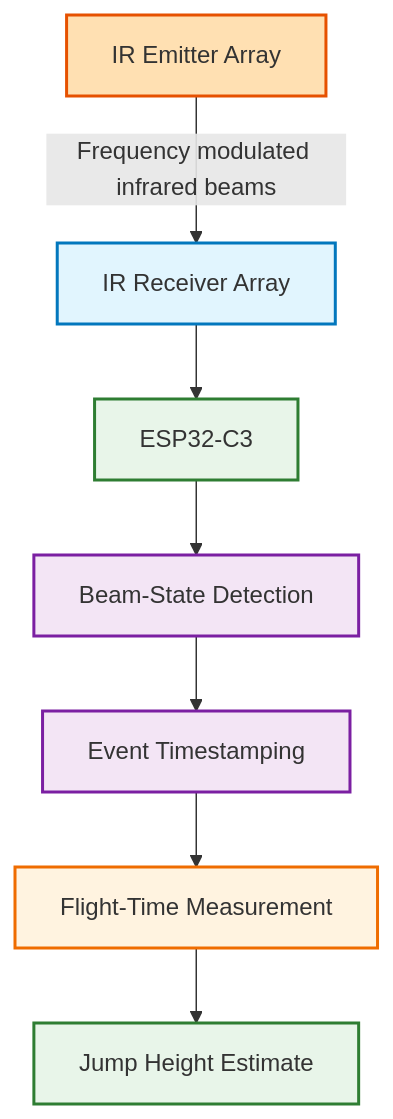
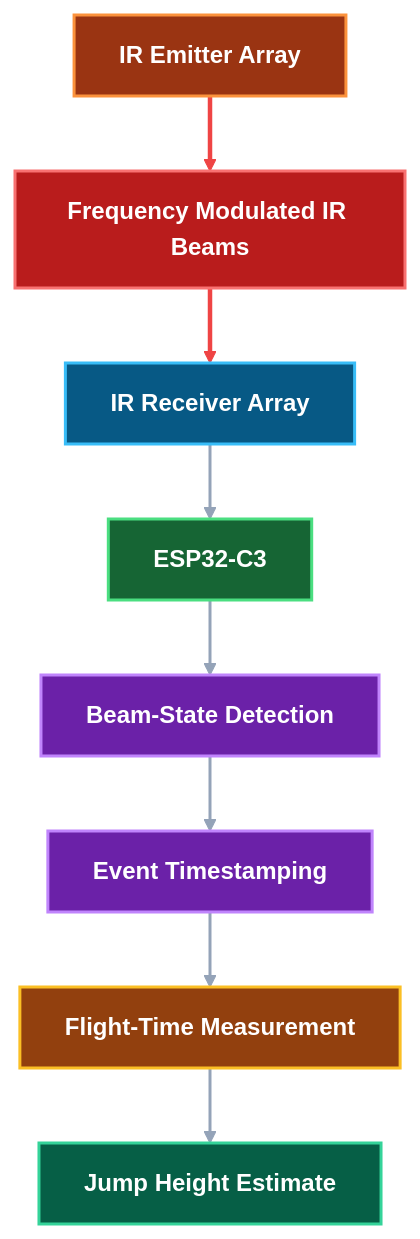
One commit to ah-789/optical-jump-measurement-system changed the diagram in README.md. Above: the diagram before and after it, drawn with Mermaid.

Commit message:
Diagram changes

````diff
--- a/README.md
+++ b/README.md
@@ -18,25 +18,36 @@
 ```mermaid
 flowchart TD
-    A[IR Emitter Array]
-    B[IR Receiver Array]
-    C[ESP32-C3]
-    D[Beam-State Detection]
-    E[Event Timestamping]
-    F[Flight-Time Measurement]
-    G[Jump Height Estimate]
 
-    A -->| Frequency modulated infrared beams| B
+    A[IR Emitter Array]:::emitter
+    H[ Frequency Modulated IR Beams]:::beam
+    B[IR Receiver Array]:::receiver
+    C[ESP32-C3]:::controller
+    D[Beam-State Detection]:::processing
+    E[Event Timestamping]:::processing
+    F[Flight-Time Measurement]:::measurement
+    G[Jump Height Estimate]:::output
+
+    A --> H
+    H --> B
     B --> C
     C --> D
     D --> E
     E --> F
     F --> G
 
-    style A fill:#ffe0b2,stroke:#e65100,stroke-width:2px
-    style B fill:#e1f5fe,stroke:#0277bd,stroke-width:2px
-    style C fill:#e8f5e9,stroke:#2e7d32,stroke-width:2px
-    style D fill:#f3e5f5,stroke:#7b1fa2,stroke-width:2px
-    style E fill:#f3e5f5,stroke:#7b1fa2,stroke-width:2px
-    style F fill:#fff3e0,stroke:#ef6c00,stroke-width:2px
-    style G fill:#e8f5e9,stroke:#2e7d32,stroke-width:2px
+    classDef emitter fill:#9A3412,stroke:#FB923C,stroke-width:2px,color:#FFFFFF,font-weight:bold;
+    classDef beam fill:#B91C1C,stroke:#F87171,stroke-width:2px,color:#FFFFFF,font-weight:bold;
+    classDef receiver fill:#075985,stroke:#38BDF8,stroke-width:2px,color:#FFFFFF,font-weight:bold;
+    classDef controller fill:#166534,stroke:#4ADE80,stroke-width:2px,color:#FFFFFF,font-weight:bold;
+    classDef processing fill:#6B21A8,stroke:#C084FC,stroke-width:2px,color:#FFFFFF,font-weight:bold;
+    classDef measurement fill:#92400E,stroke:#FBBF24,stroke-width:2px,color:#FFFFFF,font-weight:bold;
+    classDef output fill:#065F46,stroke:#34D399,stroke-width:2px,color:#FFFFFF,font-weight:bold;
+
+    linkStyle 0 stroke:#EF4444,stroke-width:3px;
+    linkStyle 1 stroke:#EF4444,stroke-width:3px;
+    linkStyle 2 stroke:#94A3B8,stroke-width:2px;
+    linkStyle 3 stroke:#94A3B8,stroke-width:2px;
+    linkStyle 4 stroke:#94A3B8,stroke-width:2px;
+    linkStyle 5 stroke:#94A3B8,stroke-width:2px;
+    linkStyle 6 stroke:#94A3B8,stroke-width:2px;
 ```
````
